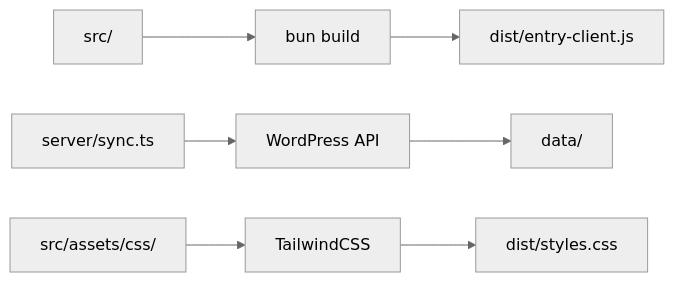
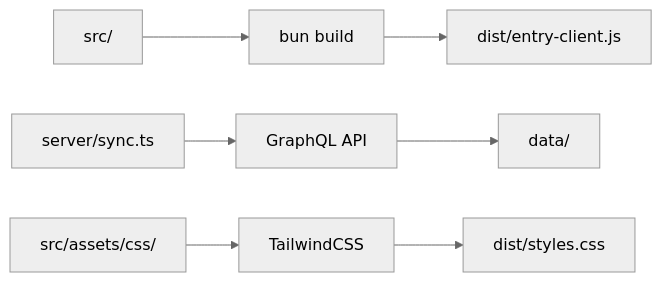
The diagram in docs/getting-started/project-structure.md (buildy-ui/ssr-starter), drawn with Mermaid (neutral theme) before and after one commit. The commit also changed other lines of this file and 15 other files, not shown here.

````diff
--- a/docs/getting-started/project-structure.md
+++ b/docs/getting-started/project-structure.md
@@ -282,9 +282,9 @@
 ```mermaid
 graph LR
     A[src/] --> B[bun build]
-    C[server/sync.ts] --> D[WordPress API]
+    C[server/sync.ts] --> D[GraphQL API]
     E[src/assets/css/] --> F[TailwindCSS]
     B --> G[dist/entry-client.js]
     D --> H[data/]
     F --> I[dist/styles.css]
 ```
````
